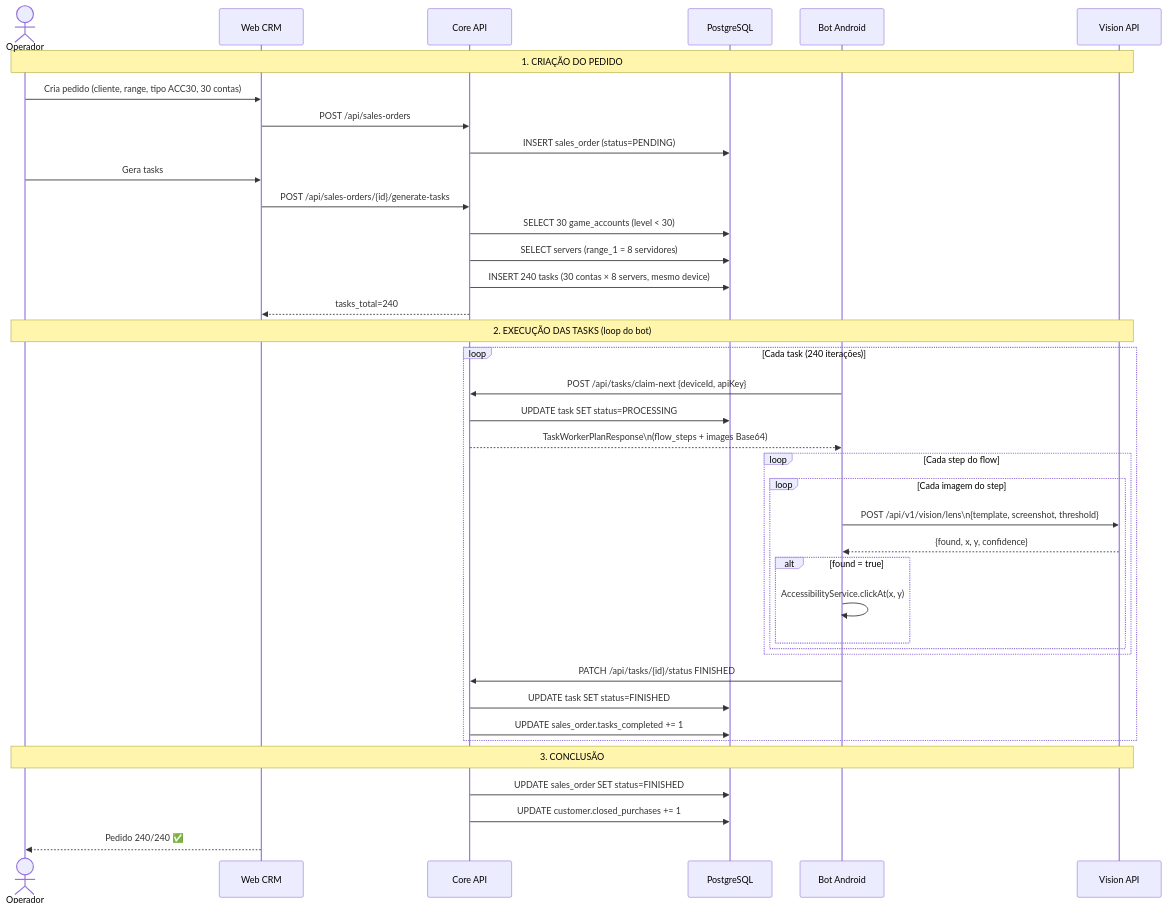
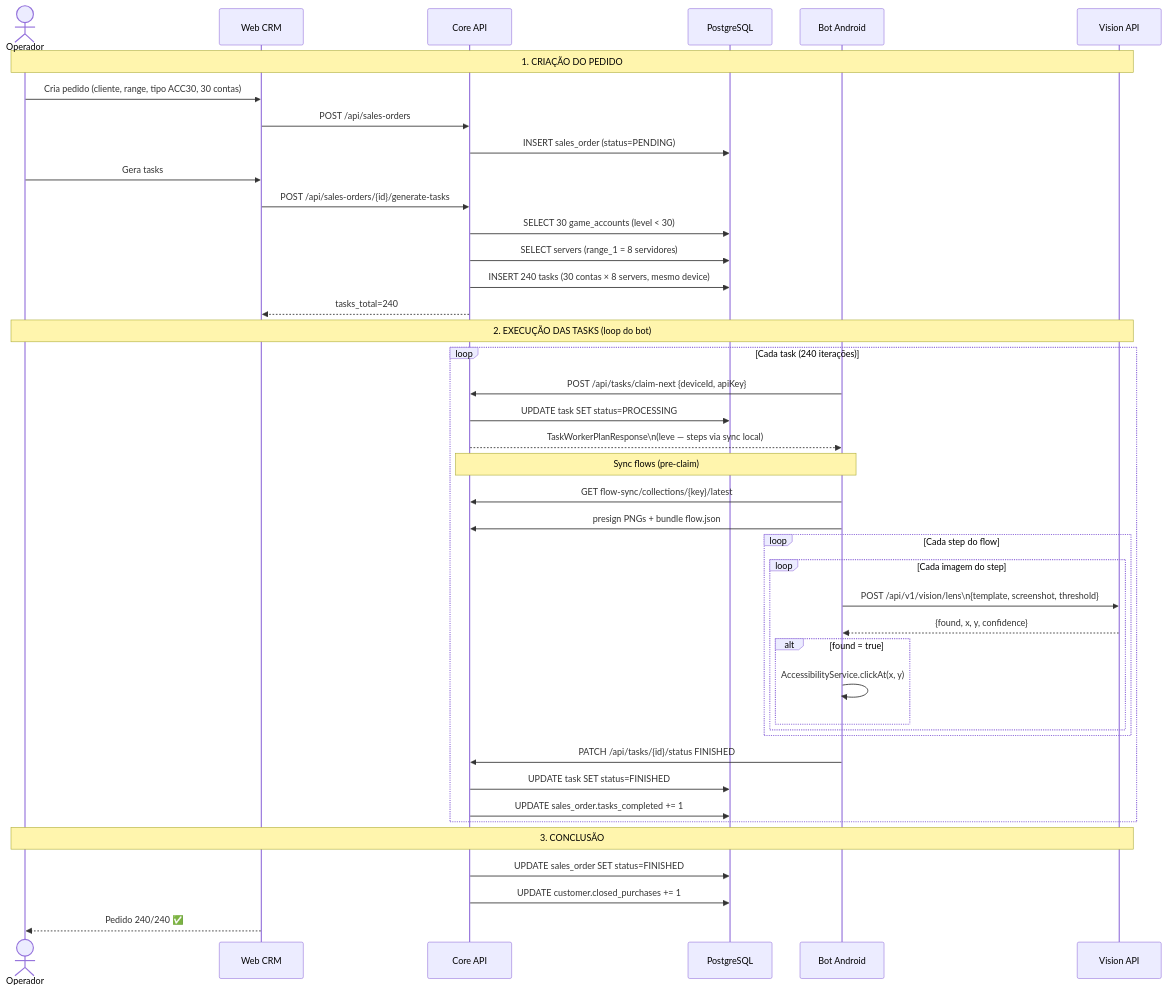
One commit to ConteLucas/automation-docs-lab changed the second of 8 diagrams in ARCHITECTURE.md. Above: the diagram before and after it, drawn with Mermaid. The commit also changed other lines of this file and 15 other files, not shown here.

````diff
--- a/ARCHITECTURE.md
+++ b/ARCHITECTURE.md
@@ -109,46 +67,50 @@
 ```mermaid
 sequenceDiagram
     actor OP as Operador
     participant WEB as Web CRM
     participant CORE as Core API
     participant PG as PostgreSQL
     participant BOT as Bot Android
     participant VISION as Vision API
 
     Note over OP,VISION: 1. CRIAÇÃO DO PEDIDO
     OP->>WEB: Cria pedido (cliente, range, tipo ACC30, 30 contas)
     WEB->>CORE: POST /api/sales-orders
     CORE->>PG: INSERT sales_order (status=PENDING)
     OP->>WEB: Gera tasks
     WEB->>CORE: POST /api/sales-orders/{id}/generate-tasks
     CORE->>PG: SELECT 30 game_accounts (level < 30)
     CORE->>PG: SELECT servers (range_1 = 8 servidores)
     CORE->>PG: INSERT 240 tasks (30 contas × 8 servers, mesmo device)
     CORE-->>WEB: tasks_total=240
 
     Note over OP,VISION: 2. EXECUÇÃO DAS TASKS (loop do bot)
     loop Cada task (240 iterações)
         BOT->>CORE: POST /api/tasks/claim-next {deviceId, apiKey}
         CORE->>PG: UPDATE task SET status=PROCESSING
-        CORE-->>BOT: TaskWorkerPlanResponse\n(flow_steps + images Base64)
+        CORE-->>BOT: TaskWorkerPlanResponse\n(leve — steps via sync local)
+
+        Note over BOT,CORE: Sync flows (pre-claim)
+        BOT->>CORE: GET flow-sync/collections/{key}/latest
+        BOT->>CORE: presign PNGs + bundle flow.json
 
         loop Cada step do flow
             loop Cada imagem do step
                 BOT->>VISION: POST /api/v1/vision/lens\n{template, screenshot, threshold}
                 VISION-->>BOT: {found, x, y, confidence}
                 alt found = true
                     BOT->>BOT: AccessibilityService.clickAt(x, y)
                 end
             end
         end
 
         BOT->>CORE: PATCH /api/tasks/{id}/status FINISHED
         CORE->>PG: UPDATE task SET status=FINISHED
         CORE->>PG: UPDATE sales_order.tasks_completed += 1
     end
 
     Note over OP,VISION: 3. CONCLUSÃO
     CORE->>PG: UPDATE sales_order SET status=FINISHED
     CORE->>PG: UPDATE customer.closed_purchases += 1
     WEB-->>OP: Pedido 240/240 ✅
 ```
````
